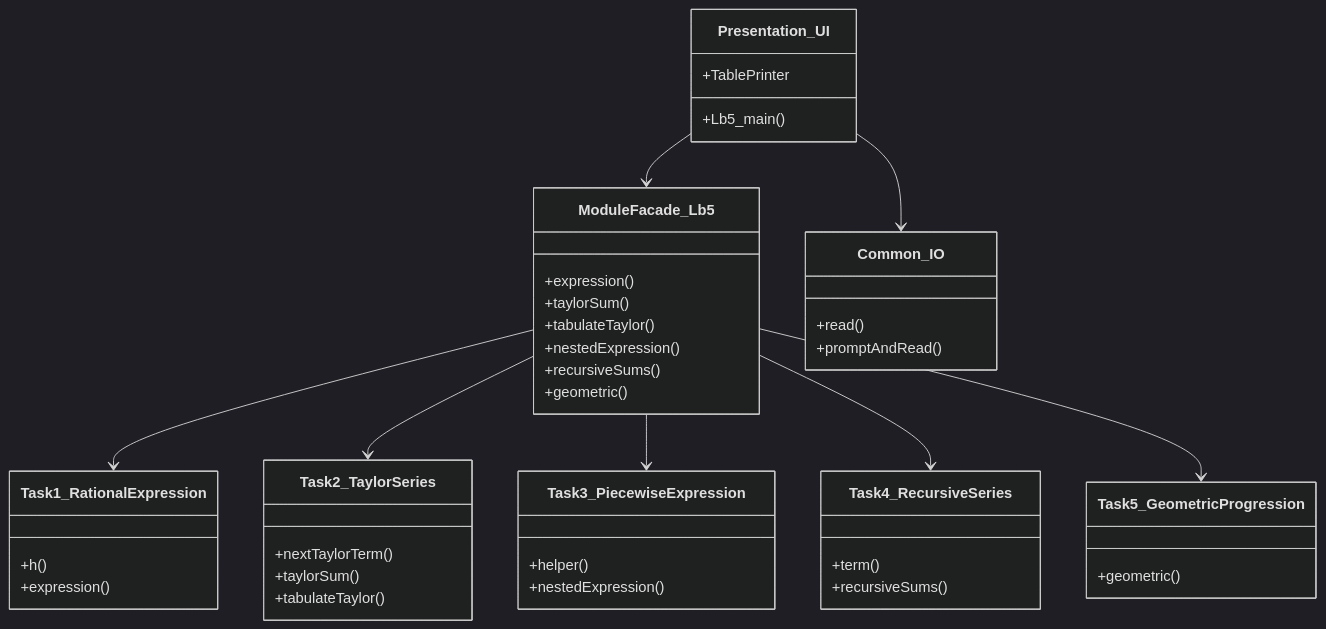
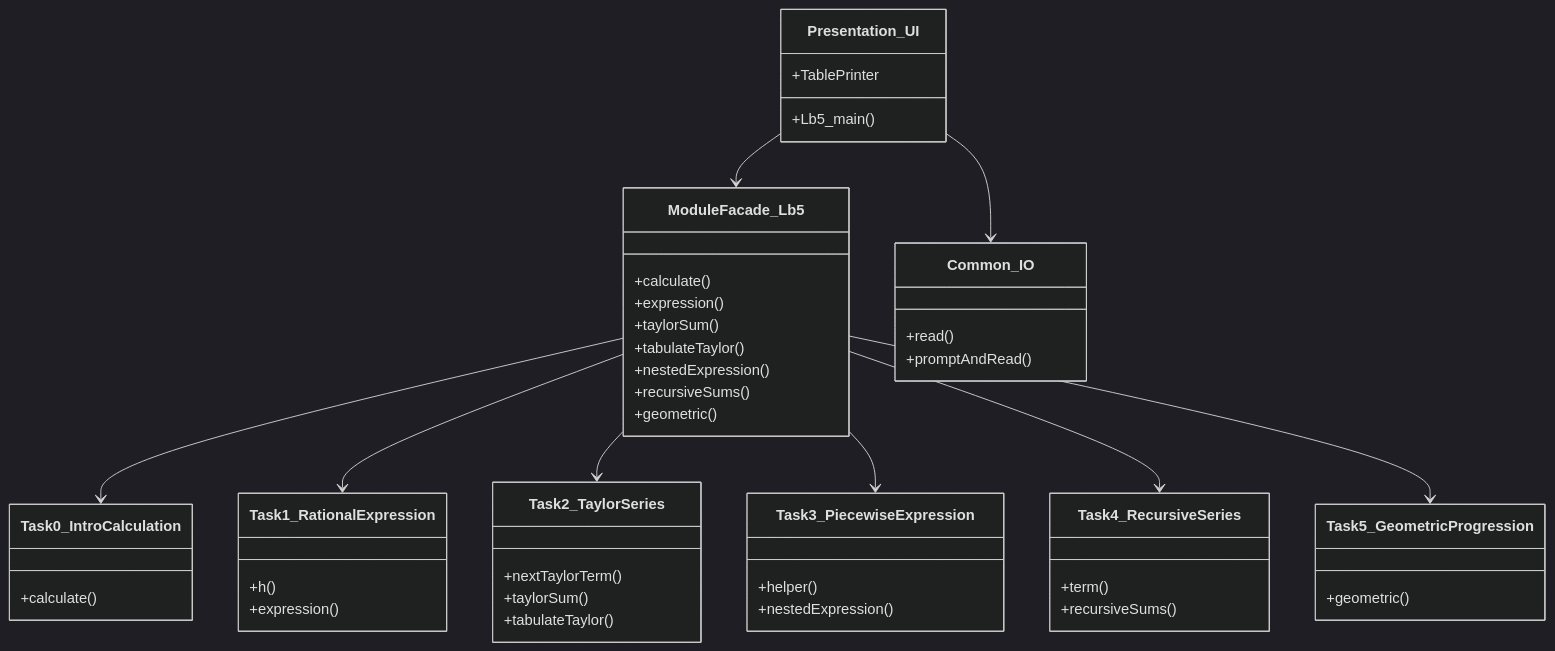
The third of 3 diagrams in Lb5/README.md (lviv-polytech/alg-cpp-labs), drawn with Mermaid (dark theme) before and after one commit. The commit also changed other lines of this file and 7 other files, not shown here.

Commit message:
feat(lab-05): implement task 5.0 introductory calculation and unit test

````diff
--- a/Lb5/README.md
+++ b/Lb5/README.md
@@ -51,47 +62,52 @@
 ```mermaid
 classDiagram
     class Presentation_UI {
         +Lb5_main()
         +TablePrinter
     }
     class ModuleFacade_Lb5 {
+        +calculate()
         +expression()
         +taylorSum()
         +tabulateTaylor()
         +nestedExpression()
         +recursiveSums()
         +geometric()
+    }
+    class Task0_IntroCalculation {
+        +calculate()
     }
     class Task1_RationalExpression {
         +h()
         +expression()
     }
     class Task2_TaylorSeries {
         +nextTaylorTerm()
         +taylorSum()
         +tabulateTaylor()
     }
     class Task3_PiecewiseExpression {
         +helper()
         +nestedExpression()
     }
     class Task4_RecursiveSeries {
         +term()
         +recursiveSums()
     }
     class Task5_GeometricProgression {
         +geometric()
     }
     class Common_IO {
         +read()
         +promptAndRead()
     }
 
     Presentation_UI --> ModuleFacade_Lb5
     Presentation_UI --> Common_IO
+    ModuleFacade_Lb5 --> Task0_IntroCalculation
     ModuleFacade_Lb5 --> Task1_RationalExpression
     ModuleFacade_Lb5 --> Task2_TaylorSeries
     ModuleFacade_Lb5 --> Task3_PiecewiseExpression
     ModuleFacade_Lb5 --> Task4_RecursiveSeries
     ModuleFacade_Lb5 --> Task5_GeometricProgression
 ```
````
